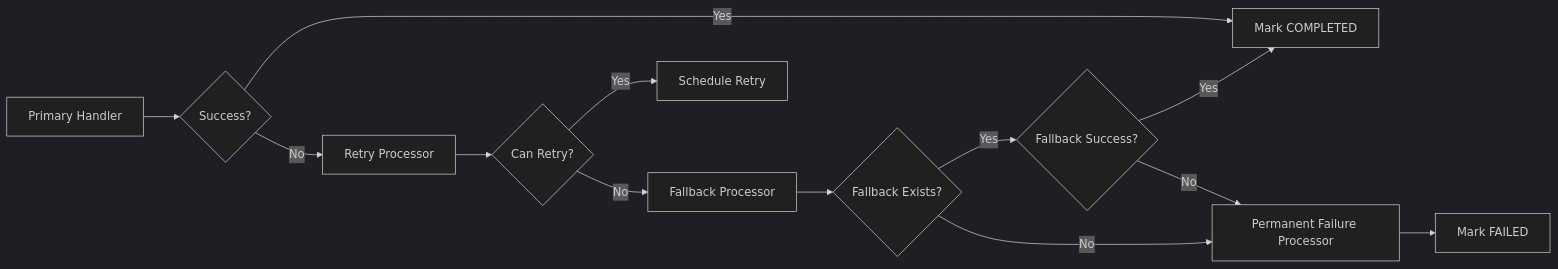
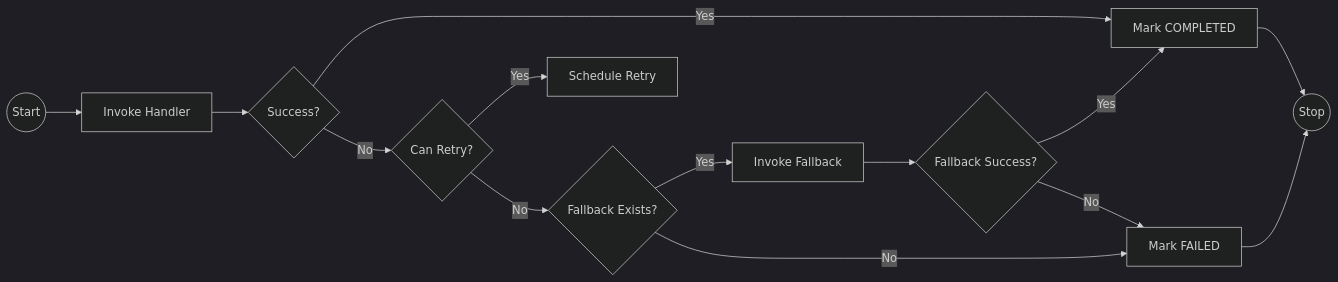
The fourth of 8 diagrams in namastack-outbox-docs/docs/features.md (namastack/namastack-outbox), drawn with Mermaid (dark theme) before and after one commit. The commit also changed other lines of this file, not shown here.

````diff
--- a/namastack-outbox-docs/docs/features.md
+++ b/namastack-outbox-docs/docs/features.md
@@ -198,15 +469,23 @@
 ```mermaid
-graph LR
-    A[Primary Handler] --> B{Success?}
-    B -->|Yes| C[Mark COMPLETED]
-    B -->|No| D[Retry Processor]
-    D --> E{Can Retry?}
-    E -->|Yes| F[Schedule Retry]
-    E -->|No| G[Fallback Processor]
-    G --> H{Fallback Exists?}
-    H -->|Yes| I{Fallback Success?}
-    I -->|Yes| C
-    I -->|No| J[Permanent Failure Processor]
-    H -->|No| J
-    J --> K[Mark FAILED]
+flowchart LR
+    A((Start)) --> B[Invoke Handler]
+    B --> C{Success?}
+
+    C -- Yes --> Z[Mark COMPLETED]
+    C -- No --> D{Can Retry?}
+
+    D -- Yes --> E[Schedule Retry]
+
+    D -- No --> F{Fallback Exists?}
+
+    F -- Yes --> G[Invoke Fallback]
+    G --> H{Fallback Success?}
+
+    H -- Yes --> Z
+    H -- No --> Y[Mark FAILED]
+
+    F -- No --> Y
+
+    Y --> S((Stop))
+    Z --> S((Stop))
 ```
````
